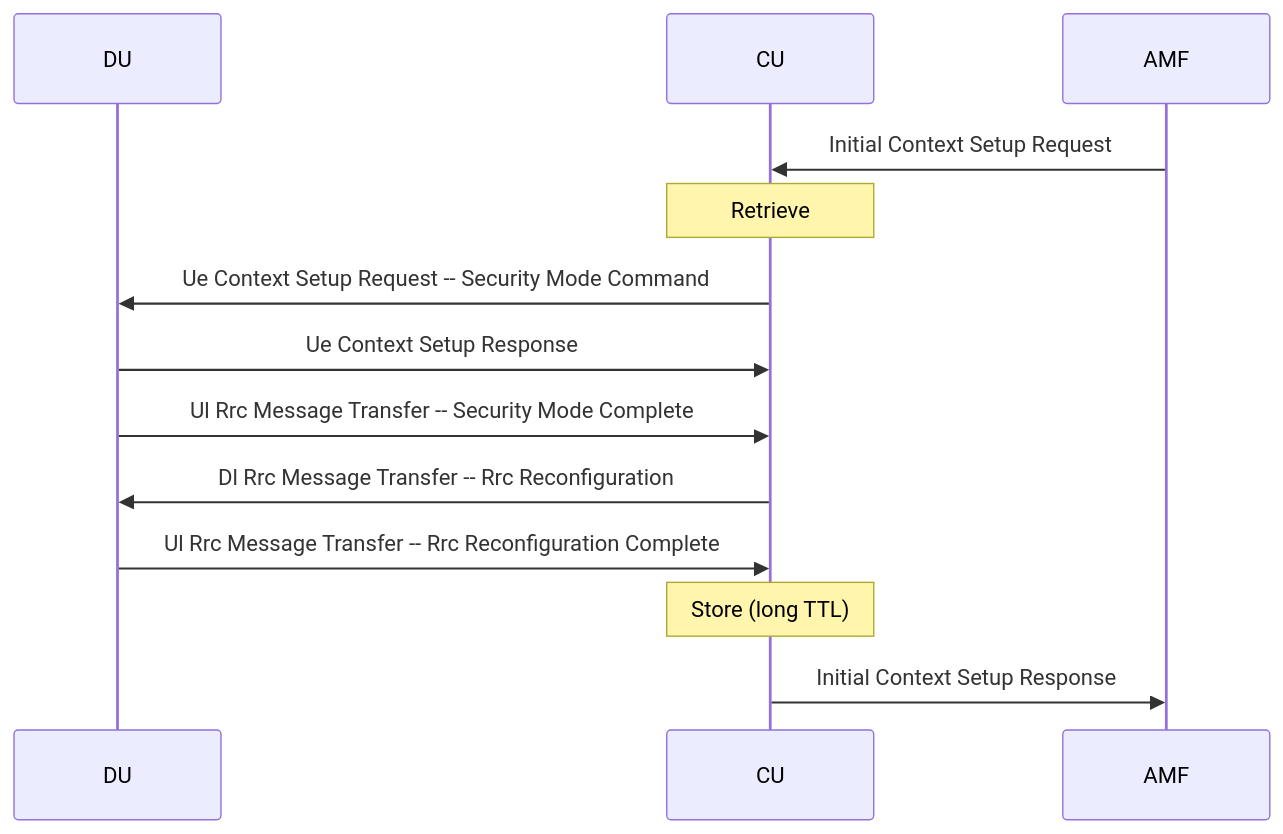
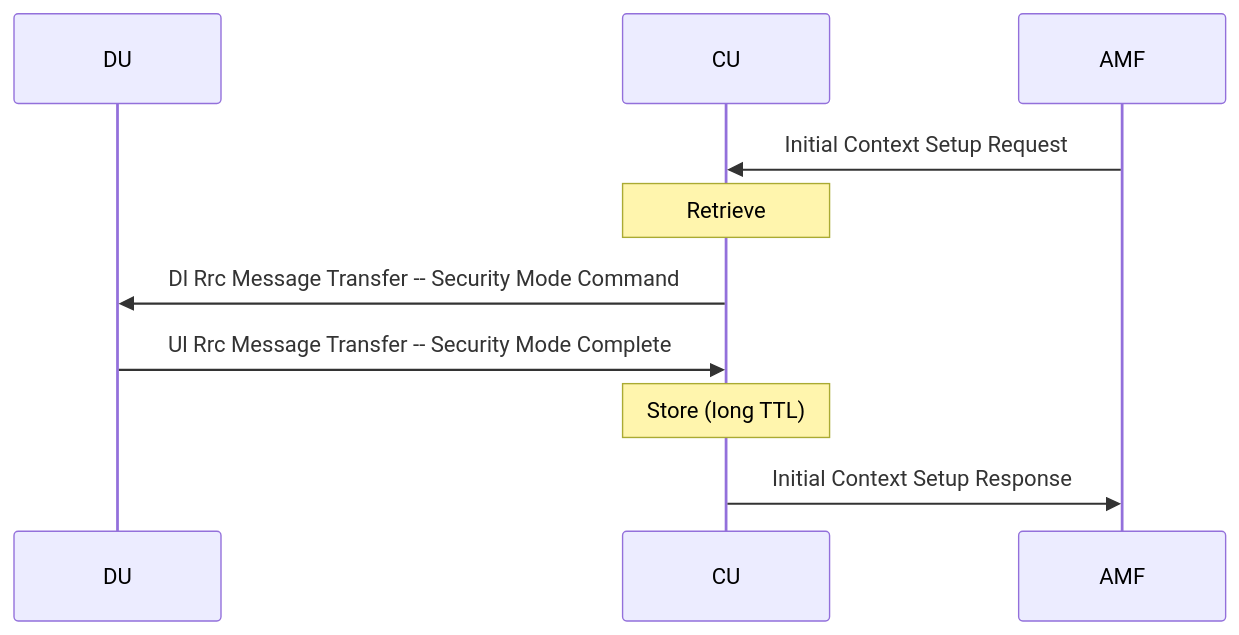
One commit to nplrkn/alsoran changed the fourth of 4 diagrams in documentation/design/State - UE.md. Above: the diagram before and after it, drawn with Mermaid. The commit also changed 2 other files, not shown here.

Commit message:
Update UE TTL after  initial context setup (#194)

````diff
--- a/documentation/design/State - UE.md
+++ b/documentation/design/State - UE.md
@@ -66,15 +66,12 @@
 ```mermaid
 sequenceDiagram
   participant DU
   participant CU
   participant AMF
   AMF->>CU: Initial Context Setup Request
   Note over CU: Retrieve
-  CU->>DU: Ue Context Setup Request -- Security Mode Command
-  DU->>CU: Ue Context Setup Response
+  CU->>DU: Dl Rrc Message Transfer -- Security Mode Command
   DU->>CU: Ul Rrc Message Transfer -- Security Mode Complete
-  CU->>DU: Dl Rrc Message Transfer -- Rrc Reconfiguration
-  DU->>CU: Ul Rrc Message Transfer -- Rrc Reconfiguration Complete
   Note over CU: Store (long TTL)
   CU->>AMF: Initial Context Setup Response
 ```
````
